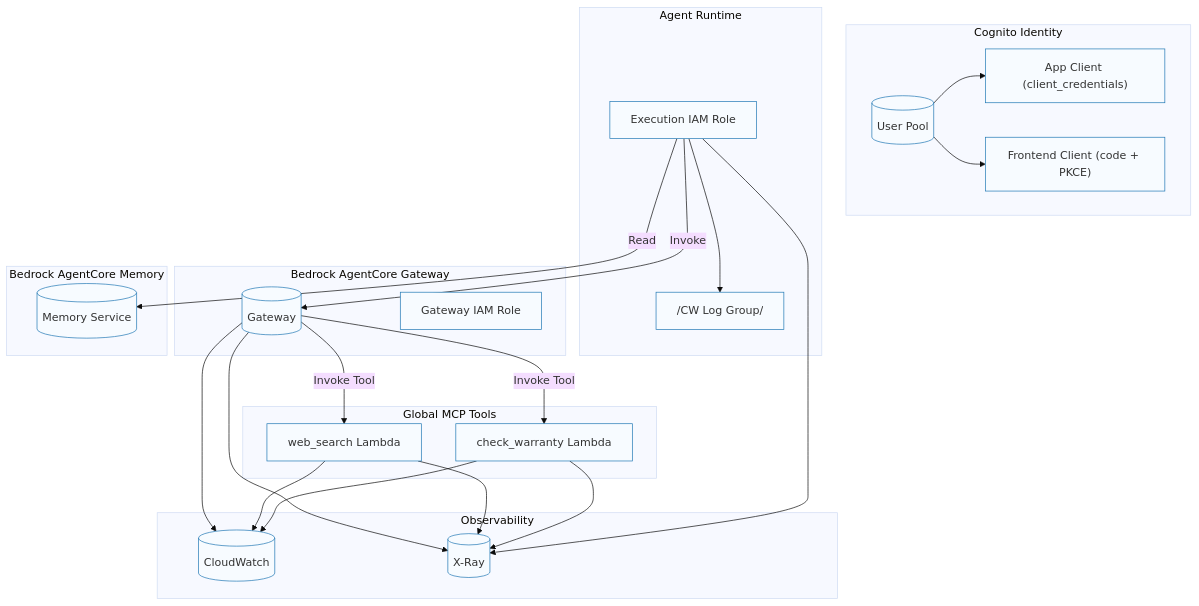
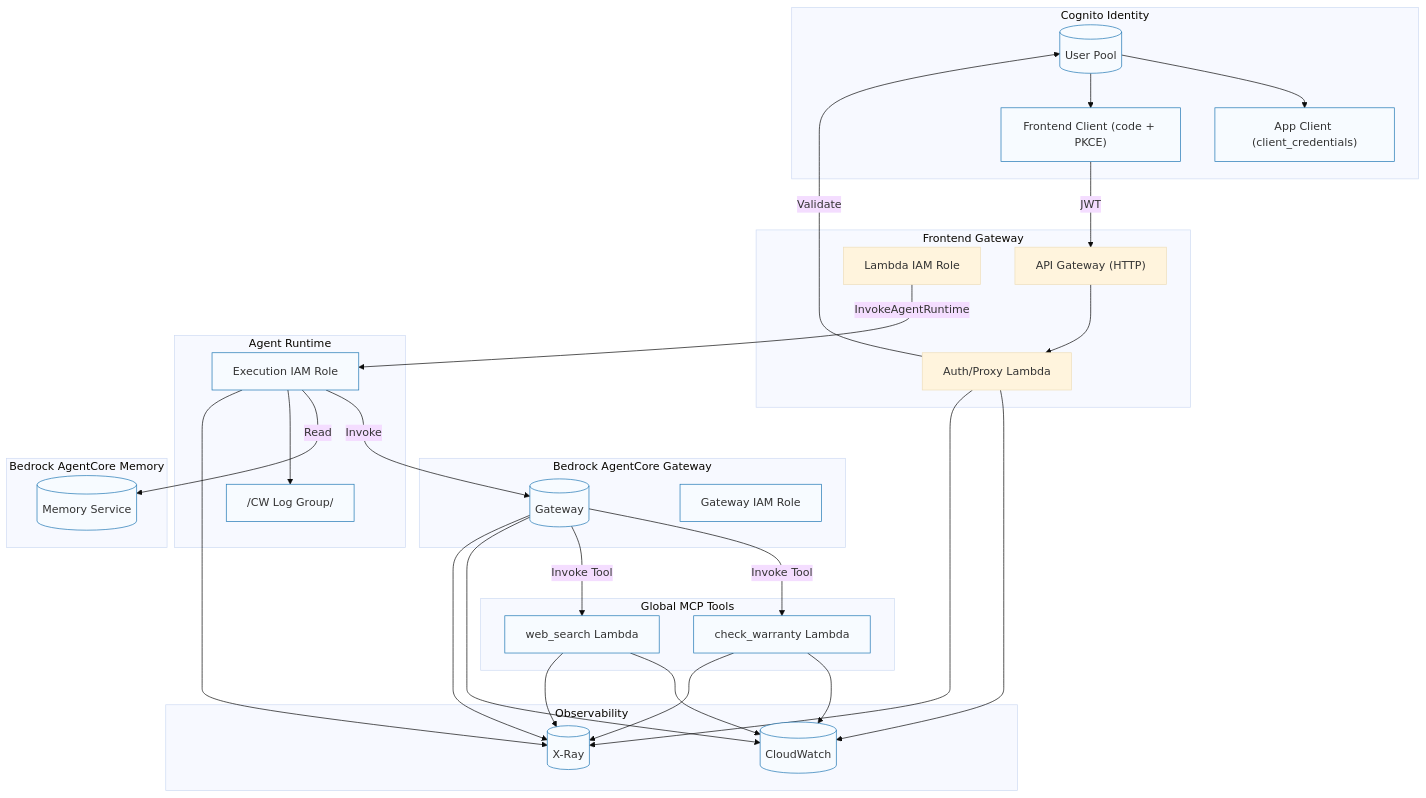
Before and after one commit to Kornienkoal/aws-agentcore-enterprise-toolkit: the diagram in docs/diagrams/infra-overview.mmd, drawn with Mermaid (base theme). The commit also changed 3 other files, not shown here.

Commit message:
feat: Update architecture diagrams to reflect Frontend Gateway integration and JWT validation flow

```diff
--- a/docs/diagrams/infra-overview.mmd
+++ b/docs/diagrams/infra-overview.mmd
@@ -1,55 +1,67 @@
 %% Infra Overview — AgentCore (C4/C2-ish)
 %% Render with Mermaid CLI or in GitHub preview
 
 graph TD
   subgraph Identity [Cognito Identity]
     UP[("User Pool")]
     M2M["App Client (client_credentials)"]
     FE["Frontend Client (code + PKCE)"]
+  end
+
+  subgraph FrontendGW [Frontend Gateway]
+    FEGW["API Gateway (HTTP)"]
+    FELambda["Auth/Proxy Lambda"]
+    FERole["Lambda IAM Role"]
   end
 
   subgraph Gateway [Bedrock AgentCore Gateway]
     GW[("Gateway")]
     GRole[Gateway IAM Role]
   end
 
   subgraph Tools [Global MCP Tools]
     T1[check_warranty Lambda]
     T2[web_search Lambda]
   end
 
   subgraph Runtime [Agent Runtime]
     RRole[Execution IAM Role]
     Logs["/CW Log Group/"]
   end
 
   subgraph Memory [Bedrock AgentCore Memory]
     MEM[("Memory Service")]
   end
 
   subgraph Observability [Observability]
     CW[("CloudWatch")]
     XR[("X-Ray")]
   end
 
   UP --> M2M
   UP --> FE
+  FE -->|JWT| FEGW
+  FEGW --> FELambda
+  FELambda -->|Validate| UP
+  FERole -->|InvokeAgentRuntime| RRole
 
   RRole -->|Invoke| GW
   GW -->|Invoke Tool| T1
   GW -->|Invoke Tool| T2
 
   RRole -->|Read| MEM
 
   RRole --> Logs
+  FELambda --> CW
   T1 --> CW
   T2 --> CW
   GW --> CW
 
   RRole --> XR
+  FELambda --> XR
   T1 --> XR
   T2 --> XR
   GW --> XR
 
   classDef aws fill:#f7fbff,stroke:#1f77b4,stroke-width:1px
   class UP,M2M,FE,GW,GRole,T1,T2,RRole,Logs,MEM,CW,XR aws
```
